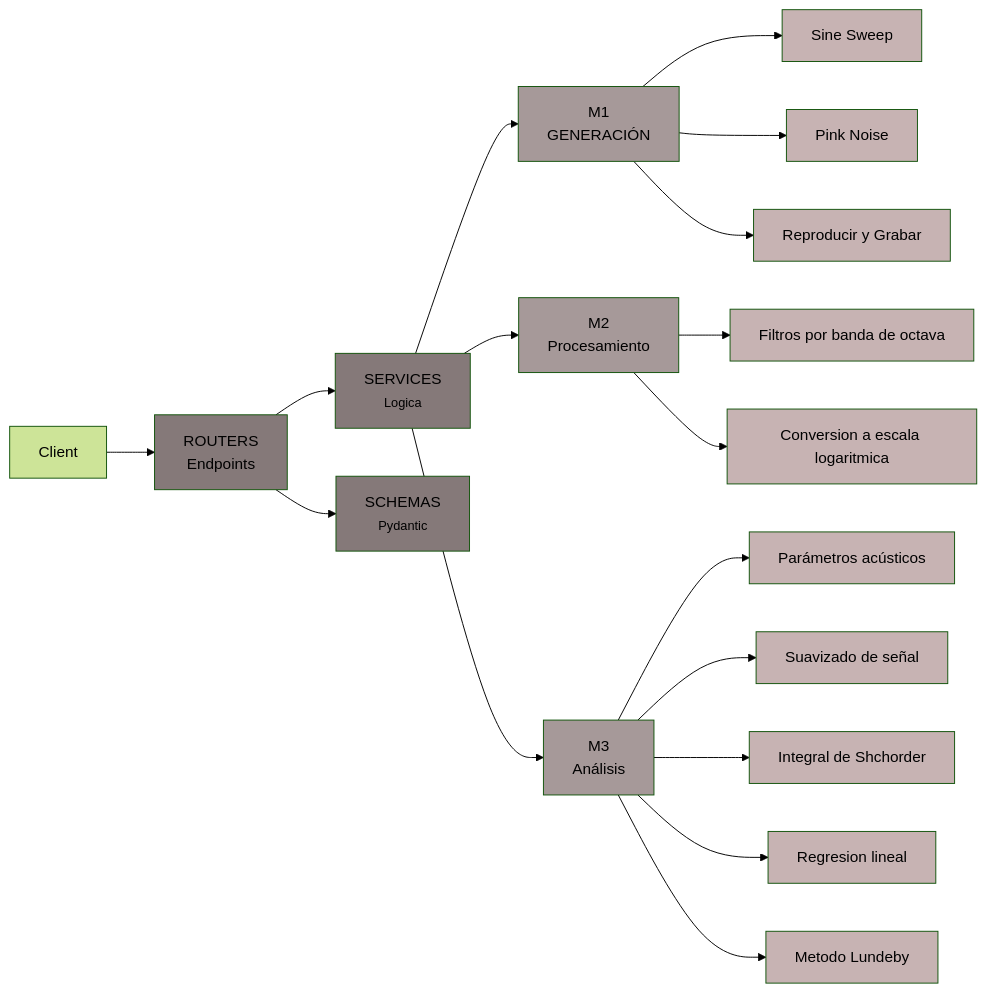
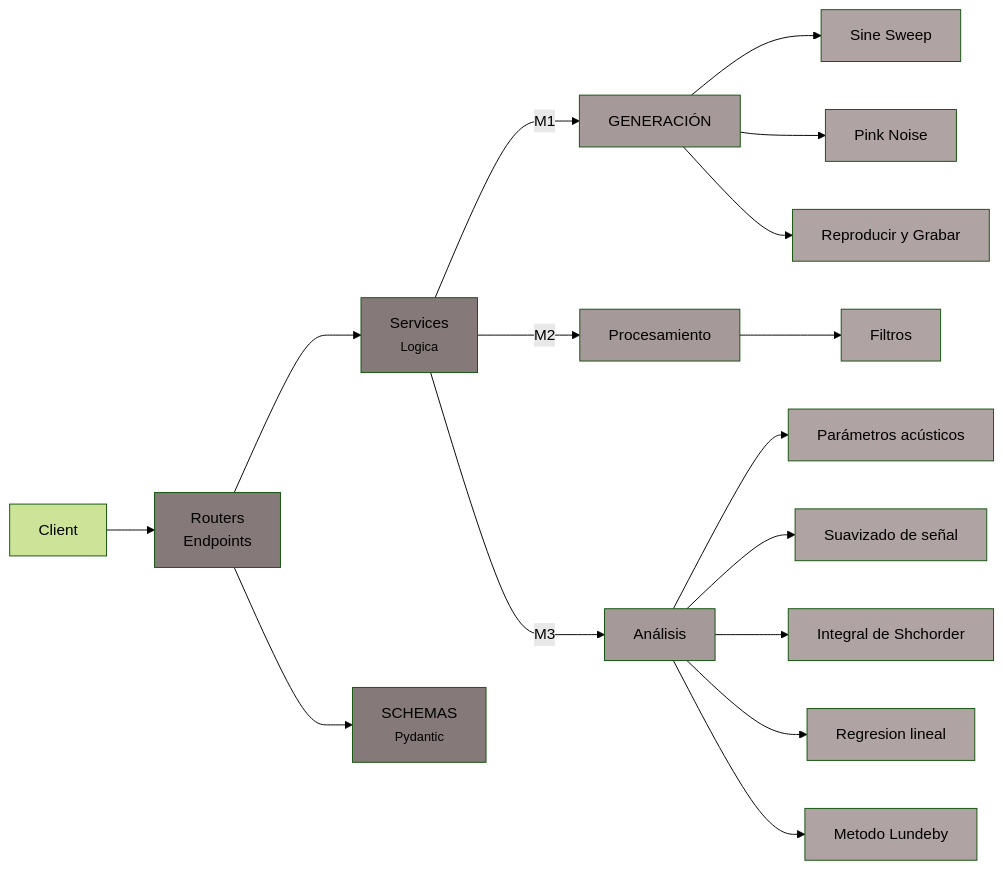
Before and after one commit to fedee01/trabajo-practico-ss: the diagram in README.md, drawn with Mermaid (forest theme).

Commit message:
Change colors
Restored content in README.md including project description, team members, installation instructions, execution commands, project structure, branching strategy, milestones, testing, linter instructions, and license information.

````diff
--- a/README.md
+++ b/README.md
@@ -59,38 +59,32 @@
 ```mermaid
-graph LR
-Client --> R[ROUTERS<br>Endpoints]
-R --> S[SERVICES<br><small>Logica</small>]
-S --> Gen[M1<br>GENERACIÓN]
-Gen --> SS[Sine Sweep]
-Gen --> PN[Pink Noise]
-Gen --> Rec[Reproducir y Grabar]
-S --> Proc[M2<br>Procesamiento]
-Proc --> F[Filtros por banda de octava]
-Proc --> Con[Conversion a escala logaritmica]
-S --> An[M3<br>Análisis]
-An --> Par[Parámetros acústicos]
-An -->Sua[Suavizado de señal]
-An -->InS[Integral de Shchorder]
-An -->Reg[Regresion lineal]
-An -->Mlun[Metodo Lundeby]
-R --> Sch[SCHEMAS<br><small>Pydantic</small>]
+flowchart LR
+ subgraph s1["Untitled subgraph"]
+        S["Services<br><small>Logica</small>"]
+  end
+    Client["Client"] --> R["Routers<br>Endpoints"]
+    R --> S & Sch["SCHEMAS<br><small>Pydantic</small>"]
+    S -- M1 --> Gen["GENERACIÓN"]
+    Gen --> SS["Sine Sweep"] & PN["Pink Noise"] & Rec["Reproducir y Grabar"]
+    S -- M2 --> Proc["Procesamiento"]
+    Proc --> F["Filtros"]
+    S -- M3 --> An["Análisis"]
+    An --> Par["Parámetros acústicos"] & Sua["Suavizado de señal"] & InS["Integral de Shchorder"] & Reg["Regresion lineal"] & Mlun["Metodo Lundeby"]
 
-style S fill: #857979
-style Sch fill: #857979
-style R fill: #857979
-style Gen fill: #a69999
-style Proc fill: #a69999
-style An fill: #a69999
-style Par fill: #turquoise
-style SS fill: #C7B3B3
-style PN fill: #C7B3B3
-style Rec fill: #C7B3B3
-style F fill: #C7B3B3
-style Par fill: #C7B3B3
-style Sua fill: #C7B3B3
-style InS fill: #C7B3B3
-style Reg fill: #C7B3B3
-style Mlun fill: #C7B3B3
-style Con fill: #C7B3B3
+    style S fill: #857979,color:#000000
+    style R fill: #857979,color:#000000
+    style Sch fill: #857979,color:#000000
+    style Gen fill: #a69999,color:#000000
+    style SS fill: #AFA3A3,color:#000000
+    style PN fill: #AFA3A3,color:#000000
+    style Rec fill: #AFA3A3,color:#000000
+    style Proc fill: #a69999,color:#000000
+    style F fill: #AFA3A3,color:#000000
+    style An fill: #a69999,color:#000000
+    style Par fill: #AFA3A3,color:#000000
+    style Sua fill: #AFA3A3,color:#000000
+    style InS fill: #AFA3A3,color:#000000
+    style Reg fill: #AFA3A3,color:#000000
+    style Mlun fill: #AFA3A3,color:#000000
+    style s1 fill:transparent,stroke:transparent,color:transparent
 
 ```
````
